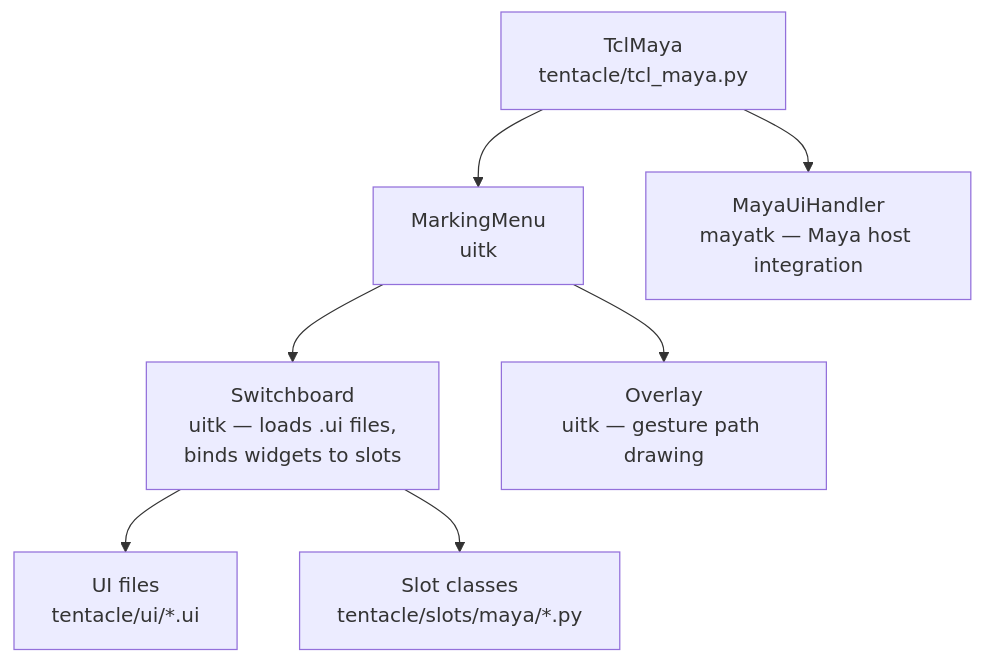
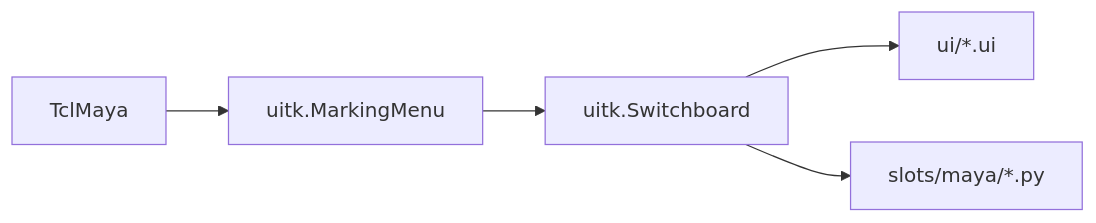
The diagram in docs/README.md (Mikfr83/tentacle), drawn with Mermaid before and after one commit. The commit also changed other lines of this file, not shown here.

````diff
--- a/docs/README.md
+++ b/docs/README.md
@@ -80,9 +55,7 @@
 ```mermaid
-flowchart TD
-    A["TclMaya<br/>tentacle/tcl_maya.py"] --> B["MarkingMenu<br/>uitk"]
-    B --> C["Switchboard<br/>uitk — loads .ui files,<br/>binds widgets to slots"]
-    C --> D["UI files<br/>tentacle/ui/*.ui"]
-    C --> E["Slot classes<br/>tentacle/slots/maya/*.py"]
-    B --> F["Overlay<br/>uitk — gesture path drawing"]
-    A --> G["MayaUiHandler<br/>mayatk — Maya host integration"]
+flowchart LR
+    A[TclMaya] --> B[uitk.MarkingMenu]
+    B --> C[uitk.Switchboard]
+    C --> D[ui/*.ui]
+    C --> E[slots/maya/*.py]
 ```
````
